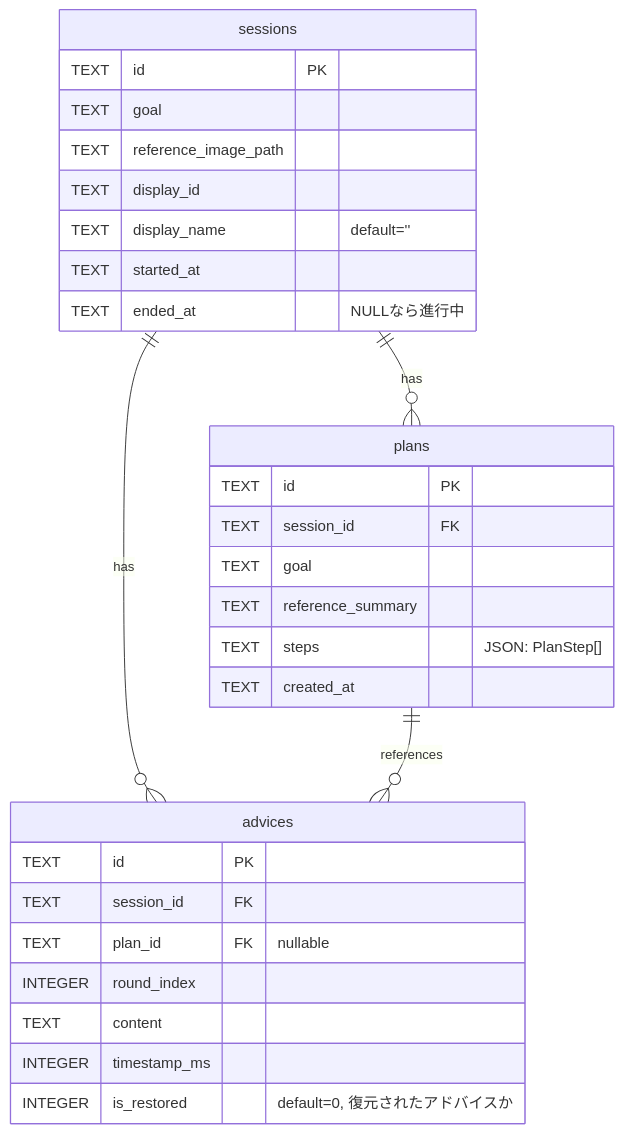
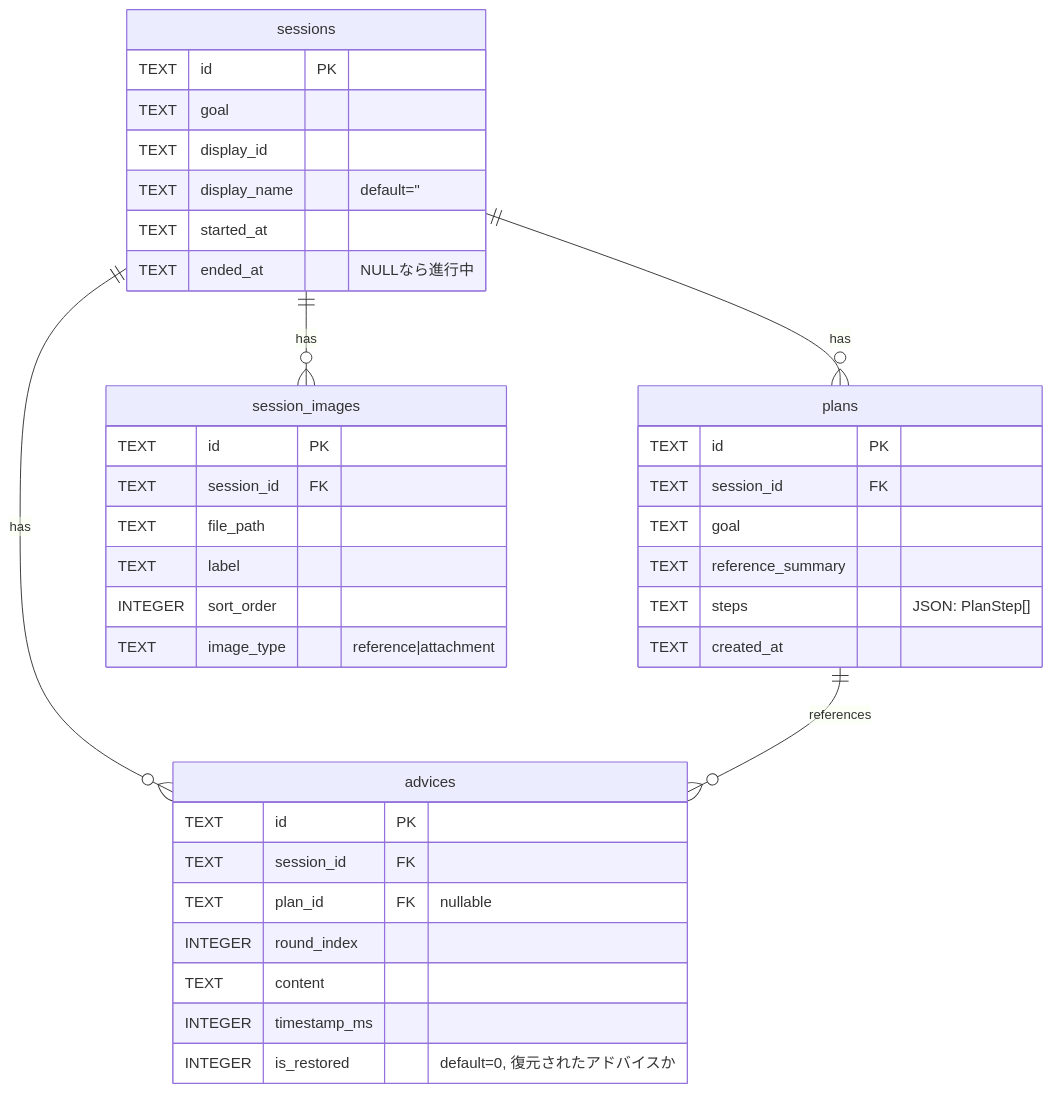
One commit to yukaorange/dcc_suport changed diagram 26 of 30 in docs/architecture.md. Above: the diagram before and after it, drawn with Mermaid. The commit also changed other lines of this file and 12 other files, not shown here.

Commit message:
chore(docs): アーキテクチャ図の更新とIllustrator/Photoshopスキルの追加

````diff
--- a/docs/architecture.md
+++ b/docs/architecture.md
@@ -844,35 +854,44 @@
 ```mermaid
 erDiagram
     sessions ||--o{ plans : "has"
     sessions ||--o{ advices : "has"
+    sessions ||--o{ session_images : "has"
     plans ||--o{ advices : "references"
 
     sessions {
         TEXT id PK
         TEXT goal
-        TEXT reference_image_path
         TEXT display_id
         TEXT display_name "default=''"
         TEXT started_at
         TEXT ended_at "NULLなら進行中"
     }
 
     plans {
         TEXT id PK
         TEXT session_id FK
         TEXT goal
         TEXT reference_summary
         TEXT steps "JSON: PlanStep[]"
         TEXT created_at
     }
 
     advices {
         TEXT id PK
         TEXT session_id FK
         TEXT plan_id FK "nullable"
         INTEGER round_index
         TEXT content
         INTEGER timestamp_ms
         INTEGER is_restored "default=0, 復元されたアドバイスか"
     }
+
+    session_images {
+        TEXT id PK
+        TEXT session_id FK
+        TEXT file_path
+        TEXT label
+        INTEGER sort_order
+        TEXT image_type "reference|attachment"
+    }
 ```
````
